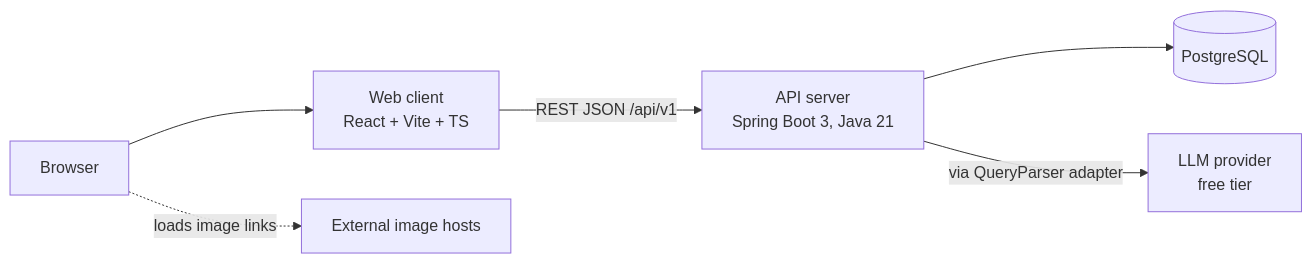
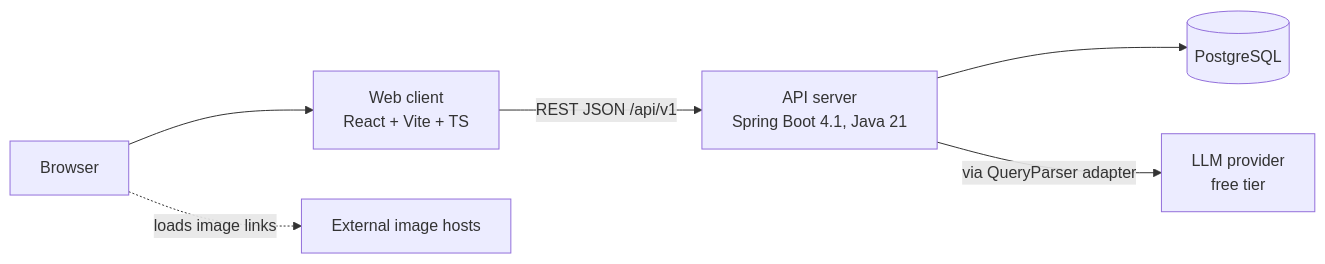
Before and after one commit to lamkhai0604/finding-house: the first of 4 diagrams in docs/ARCHITECTURE.md, drawn with Mermaid. The commit also changed 6 other files, not shown here.

First line of the commit message:
docs(T-003): setup instructions, verification evidence, Spring Boot 4.1 (D-018)

````diff
--- a/docs/ARCHITECTURE.md
+++ b/docs/ARCHITECTURE.md
@@ -13,8 +13,8 @@
 ```mermaid
 flowchart LR
     U[Browser] --> FE[Web client<br/>React + Vite + TS]
-    FE -->|REST JSON /api/v1| API[API server<br/>Spring Boot 3, Java 21]
+    FE -->|REST JSON /api/v1| API[API server<br/>Spring Boot 4.1, Java 21]
     API --> DB[(PostgreSQL)]
     API -->|via QueryParser adapter| LLM[LLM provider<br/>free tier]
     U -.->|loads image links| IMG[External image hosts]
 ```
````
